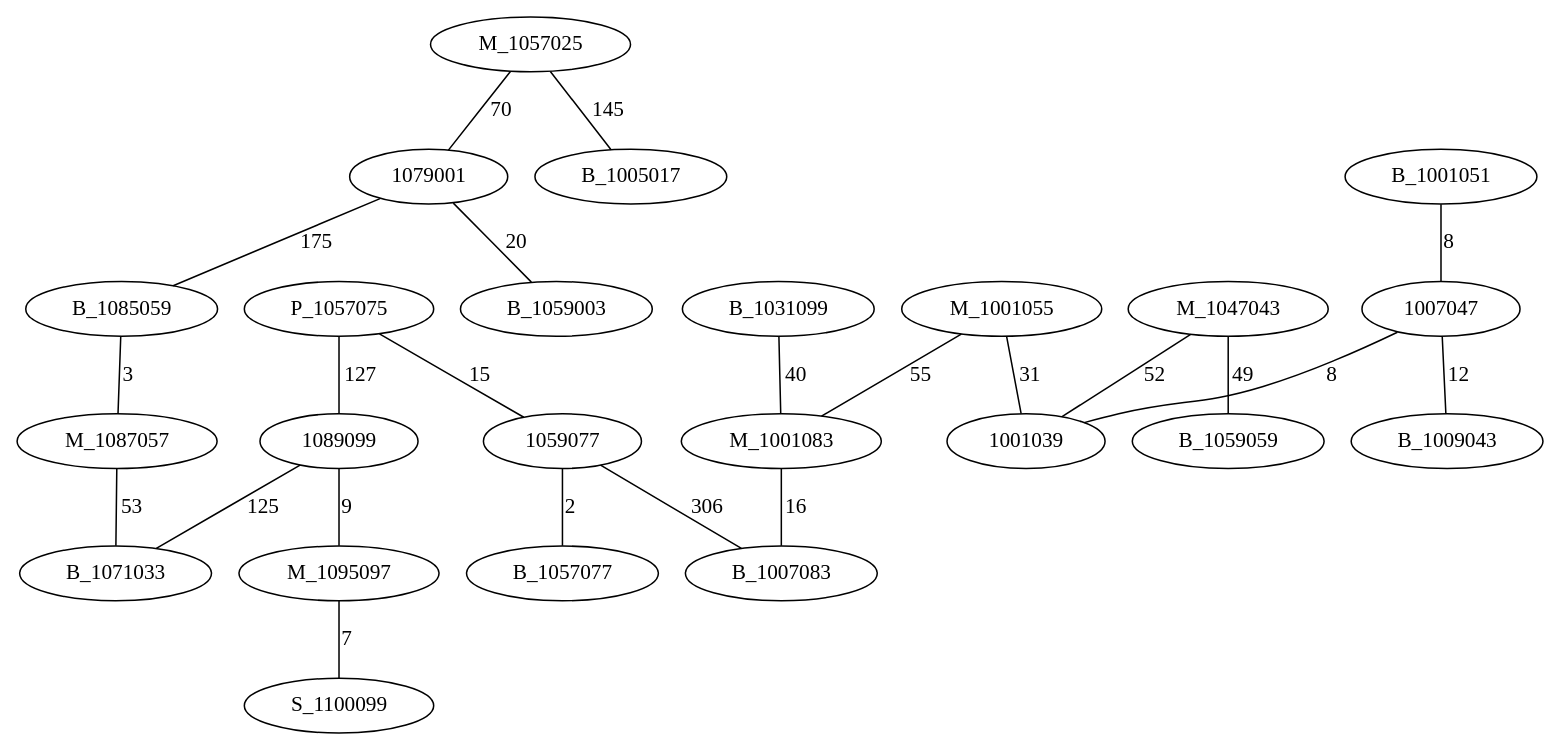
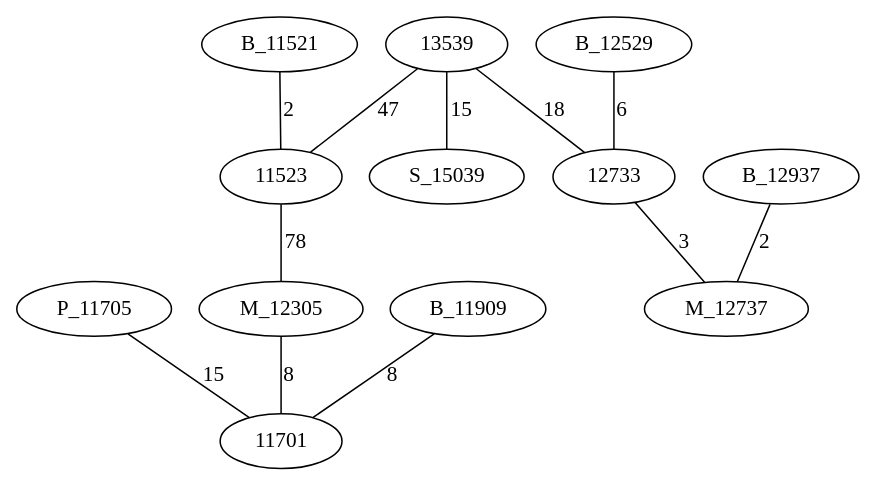
Before and after one commit to AsmNoob/Labyrinthe: the diagram in Graph.dot, drawn with Graphviz. The commit also changed 4 other files, not shown here.

```diff
--- a/Graph.dot
+++ b/Graph.dot
@@ -1,26 +1,15 @@
 graph chemin {
 
-	P_1057075 -- 1089099 [label=127]
-	P_1057075 -- 1059077 [label=15]
-	B_1031099 -- M_1001083 [label=40]
-	1089099 -- B_1071033 [label=125]
-	1089099 -- M_1095097 [label=9]
-	M_1095097 -- S_1100099 [label=7]
-	M_1047043 -- B_1059059 [label=49]
-	M_1047043 -- 1001039 [label=52]
-	M_1057025 -- 1079001 [label=70]
-	M_1057025 -- B_1005017 [label=145]
-	B_1001051 -- 1007047 [label=8]
-	M_1001055 -- 1001039 [label=31]
-	M_1001055 -- M_1001083 [label=55]
-	1079001 -- B_1059003 [label=20]
-	1079001 -- B_1085059 [label=175]
-	1059077 -- B_1057077 [label=2]
-	1059077 -- B_1007083 [label=306]
-	1007047 -- B_1009043 [label=12]
-	1007047 -- 1001039 [label=8]
-	M_1001083 -- B_1007083 [label=16]
-	B_1085059 -- M_1087057 [label=3]
-	M_1087057 -- B_1071033 [label=53]
+	P_11705 -- 11701 [label=15]
+	13539 -- S_15039 [label=15]
+	13539 -- 11523 [label=47]
+	13539 -- 12733 [label=18]
+	B_12937 -- M_12737 [label=2]
+	B_11521 -- 11523 [label=2]
+	11523 -- M_12305 [label=78]
+	B_12529 -- 12733 [label=6]
+	B_11909 -- 11701 [label=8]
+	M_12305 -- 11701 [label=8]
+	12733 -- M_12737 [label=3]
 
 }
```
